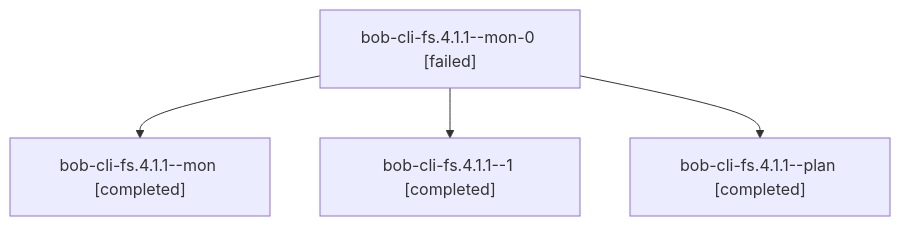
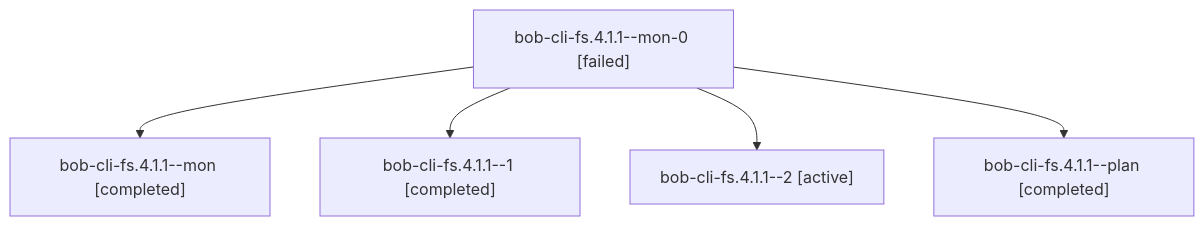
The diagram in sessions/bbugyi200.athena.bob-cli-fs.4.1.1.md (bobs-org/bob-cli--agents), drawn with Mermaid before and after one commit. The commit also changed other lines of this file and 69 other files, not shown here.

````diff
--- a/sessions/bbugyi200.athena.bob-cli-fs.4.1.1.md
+++ b/sessions/bbugyi200.athena.bob-cli-fs.4.1.1.md
@@ -9,10 +9,12 @@
 ```mermaid
 flowchart TD
   n0["bob-cli-fs.4.1.1--mon-0 [failed]"]
   n1["bob-cli-fs.4.1.1--mon [completed]"]
   n0 --> n1
   n2["bob-cli-fs.4.1.1--1 [completed]"]
   n0 --> n2
-  n3["bob-cli-fs.4.1.1--plan [completed]"]
+  n3["bob-cli-fs.4.1.1--2 [active]"]
   n0 --> n3
+  n4["bob-cli-fs.4.1.1--plan [completed]"]
+  n0 --> n4
 ```
````
